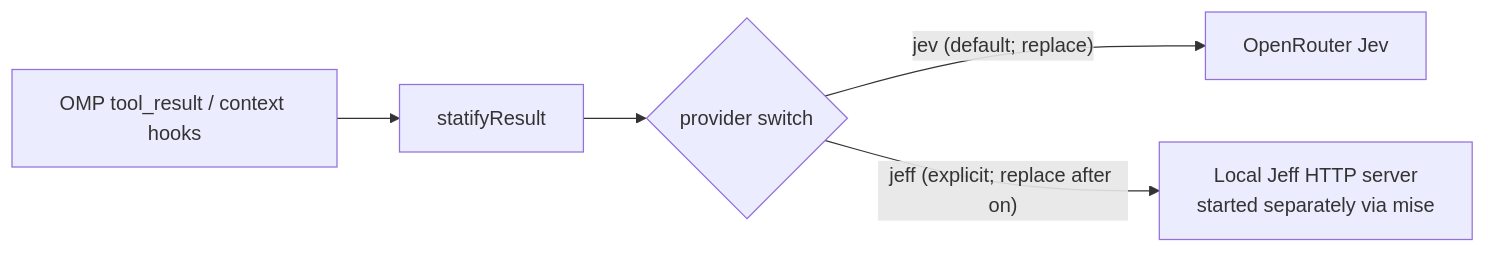
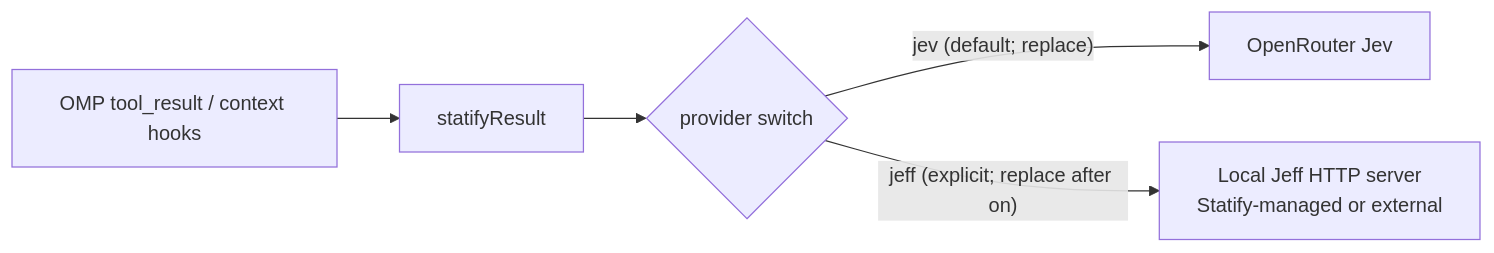
The diagram in docs/jeff.md (d3d0n/omp-statify), drawn with Mermaid before and after one commit. The commit also changed other lines of this file and 13 other files, not shown here.

Commit message:
feat: manage the Jeff server from Statify

````diff
--- a/docs/jeff.md
+++ b/docs/jeff.md
@@ -117,7 +117,7 @@
 ```mermaid
 flowchart LR
     A["OMP tool_result / context hooks"] --> B["statifyResult"]
     B --> C{"provider switch"}
     C -->|"jev (default; replace)"| D["OpenRouter Jev"]
-    C -->|"jeff (explicit; replace after on)"| E["Local Jeff HTTP server<br/>started separately via mise"]
+    C -->|"jeff (explicit; replace after on)"| E["Local Jeff HTTP server<br/>Statify-managed or external"]
 ```
````
